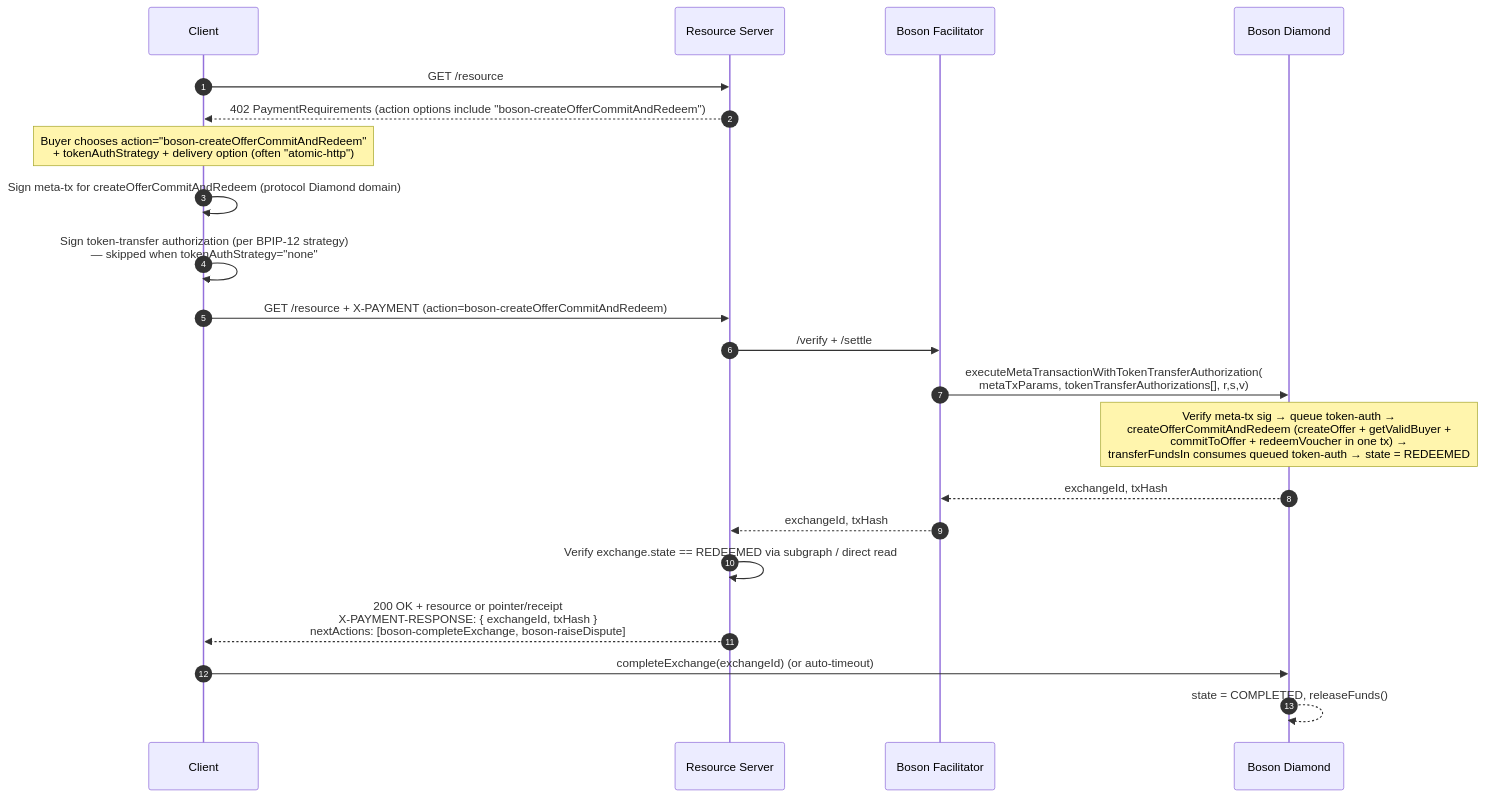
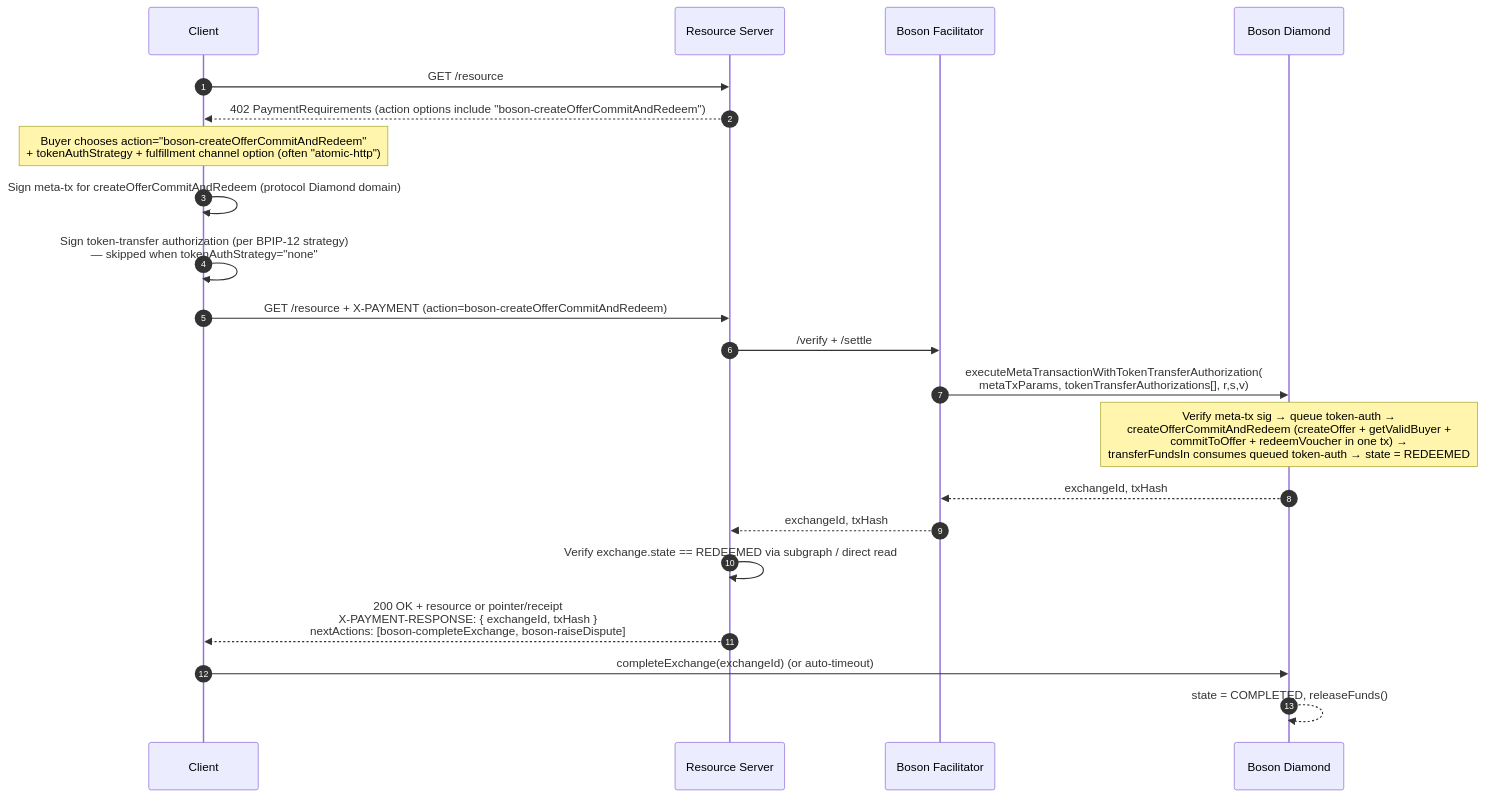
Before and after one commit to bosonprotocol/x402B: the second of 4 diagrams in boson-impl-02-flows.md, drawn with Mermaid. The commit also changed other lines of this file and 8 other files, not shown here.

Commit message:
Update terminology from 'delivery' to 'fulfillment' across documentation for consistency

````diff
--- a/boson-impl-02-flows.md
+++ b/boson-impl-02-flows.md
@@ -70,30 +70,30 @@
 ```mermaid
 sequenceDiagram
     autonumber
     participant C as Client
     participant S as Resource Server
     participant F as Boson Facilitator
     participant D as Boson Diamond
 
     C->>S: GET /resource
     S-->>C: 402 PaymentRequirements (action options include "boson-createOfferCommitAndRedeem")
 
-    Note over C: Buyer chooses action="boson-createOfferCommitAndRedeem"<br/>+ tokenAuthStrategy + delivery option (often "atomic-http")
+    Note over C: Buyer chooses action="boson-createOfferCommitAndRedeem"<br/>+ tokenAuthStrategy + fulfillment channel option (often "atomic-http")
 
     C->>C: Sign meta-tx for createOfferCommitAndRedeem (protocol Diamond domain)
     C->>C: Sign token-transfer authorization (per BPIP-12 strategy)<br/>— skipped when tokenAuthStrategy="none"
 
     C->>S: GET /resource + X-PAYMENT (action=boson-createOfferCommitAndRedeem)
     S->>F: /verify + /settle
 
     F->>D: executeMetaTransactionWithTokenTransferAuthorization(<br/>metaTxParams, tokenTransferAuthorizations[], r,s,v)
     Note over D: Verify meta-tx sig → queue token-auth →<br/>createOfferCommitAndRedeem (createOffer + getValidBuyer +<br/>commitToOffer + redeemVoucher in one tx) →<br/>transferFundsIn consumes queued token-auth → state = REDEEMED
     D-->>F: exchangeId, txHash
     F-->>S: exchangeId, txHash
 
     S->>S: Verify exchange.state == REDEEMED via subgraph / direct read
     S-->>C: 200 OK + resource or pointer/receipt<br/>X-PAYMENT-RESPONSE: { exchangeId, txHash }<br/>nextActions: [boson-completeExchange, boson-raiseDispute]
 
     C->>D: completeExchange(exchangeId) (or auto-timeout)
     D-->>D: state = COMPLETED, releaseFunds()
 ```
````
